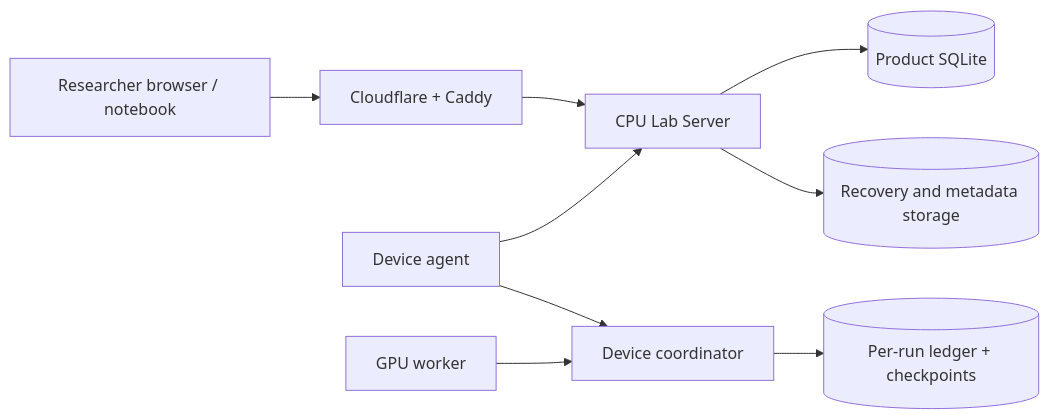
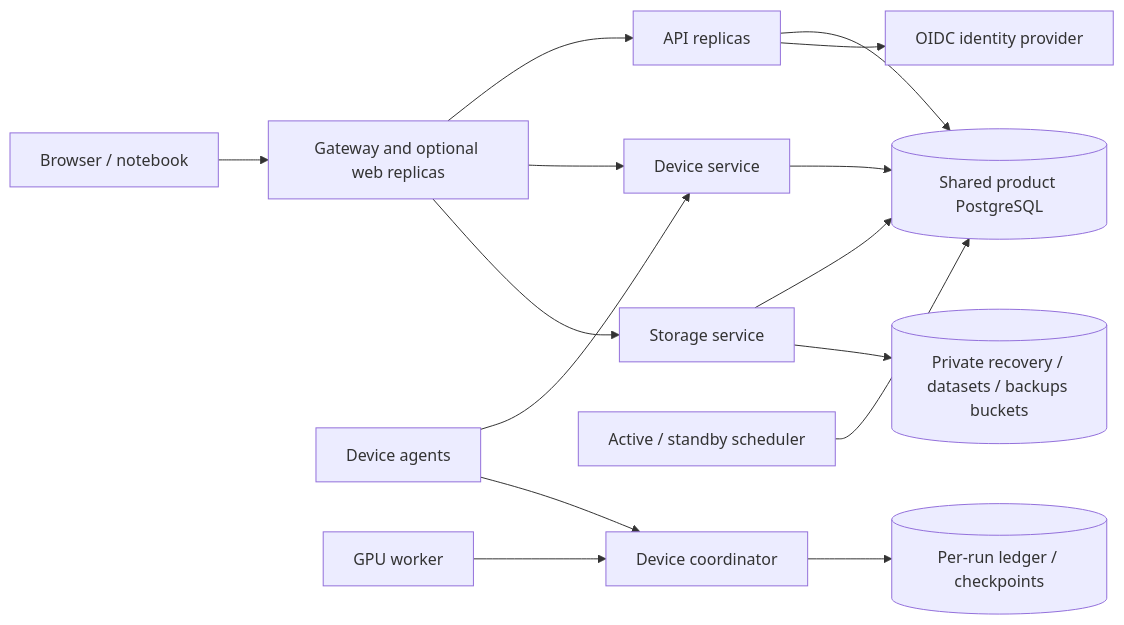
One commit to Anakonkai01/hetero-es changed the diagram in docs/design/lab-server-architecture.md. Above: the diagram before and after it, drawn with Mermaid. The commit also changed other lines of this file and 10 other files, not shown here.

````diff
--- a/docs/design/lab-server-architecture.md
+++ b/docs/design/lab-server-architecture.md
@@ -40,11 +49,17 @@
 ```mermaid
 flowchart LR
-  Browser[Researcher browser / notebook] --> Edge[Cloudflare + Caddy]
-  Edge --> Lab[CPU Lab Server]
-  Agent[Device agent] --> Lab
-  Lab --> Metadata[(Product SQLite)]
-  Lab --> Files[(Recovery and metadata storage)]
+  Browser[Browser / notebook] --> Edge[Gateway and optional web replicas]
+  Edge --> API[API replicas]
+  Edge --> Devices[Device service]
+  Edge --> Storage[Storage service]
+  API --> DB[(Shared product PostgreSQL)]
+  Devices --> DB
+  Storage --> DB
+  Scheduler[Active / standby scheduler] --> DB
+  API --> Identity[OIDC identity provider]
+  Storage --> Objects[(Private recovery / datasets / backups buckets)]
+  Agent[Device agents] --> Devices
   Agent --> Coordinator[Device coordinator]
   Worker[GPU worker] --> Coordinator
-  Coordinator --> Ledger[(Per-run ledger + checkpoints)]
+  Coordinator --> Ledger[(Per-run ledger / checkpoints)]
 ```
````
